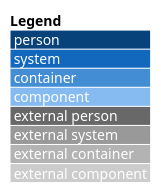
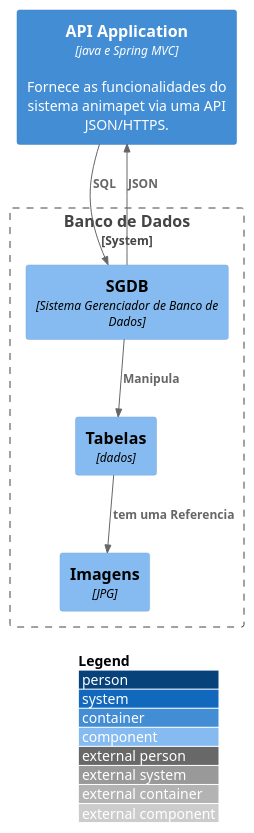
The diagram in src/Sistema animapet/Database/container.puml (andrelquiosi/ANIMAPET), drawn with PlantUML before and after one commit. The commit also changed 1 other file, not shown here.

Commit message:
modified:   src/Sistema animapet/Database/container.puml modified:   src/Sistema animapet/sistema.puml

```diff
--- a/src/Sistema animapet/Database/container.puml
+++ b/src/Sistema animapet/Database/container.puml
@@ -1,7 +1,18 @@
 @startuml ComponenteDB
 !include https://raw.githubusercontent.com/adrianvlupu/C4-PlantUML/latest/C4_Component.puml
 
 LAYOUT_WITH_LEGEND()
 
+Container(api, "API Application", "java e Spring MVC", "Fornece as funcionalidades do sistema animapet via uma API JSON/HTTPS.")
 
+System_Boundary(alias, "Banco de Dados"){
+    Component(sgdb, "SGDB", "Sistema Gerenciador de Banco de Dados")
+    Component(dados, "Tabelas", "dados")
+    Component(imagens, "Imagens", "JPG")
+
+Rel(sgdb, dados, "Manipula")
+Rel(dados,imagens,"tem uma Referencia")
+}
+Rel(api, sgdb, "SQL")
+Rel(sgdb, api, "JSON")
 @enduml
```
